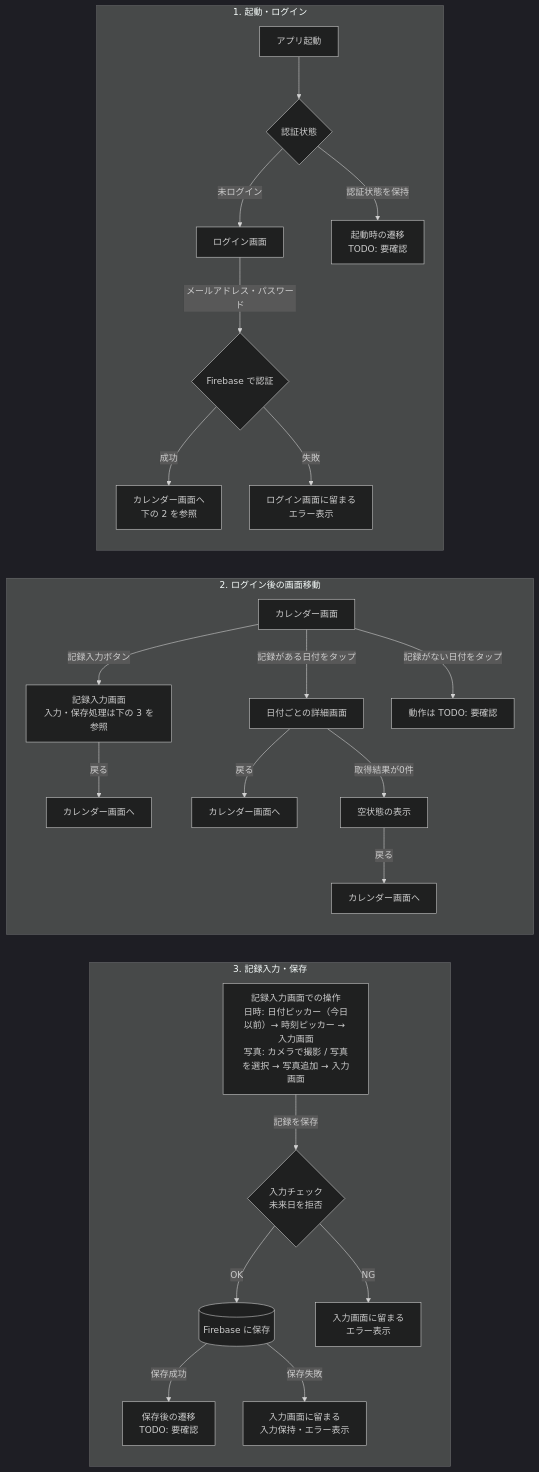
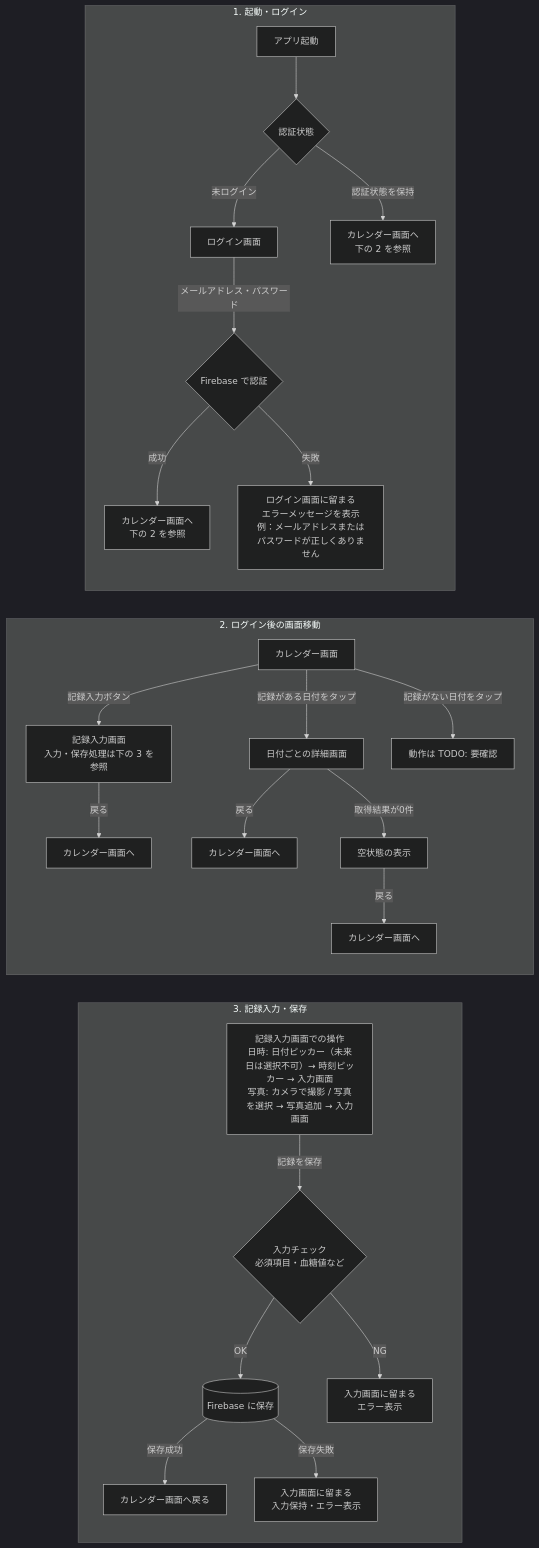
Before and after one commit to mokomokomoko847/health_care_app: the diagram in docs/skills/app-flow/SKILL.md, drawn with Mermaid (dark theme). The commit also changed 3 other files, not shown here.

Commit message:
docs: clarify authentication and record saving flow

````diff
--- a/docs/skills/app-flow/SKILL.md
+++ b/docs/skills/app-flow/SKILL.md
@@ -37,36 +37,36 @@
 ```mermaid
 flowchart TB
     subgraph AUTH["1. 起動・ログイン"]
         direction TB
         A["アプリ起動"] --> S{"認証状態"}
         S -->|未ログイン| L["ログイン画面"]
-        S -->|認証状態を保持| T["起動時の遷移<br/>TODO: 要確認"]
+        S -->|認証状態を保持| T["カレンダー画面へ<br/>下の 2 を参照"]
         L -->|メールアドレス・パスワード| LA{"Firebase で認証"}
         LA -->|成功| LC["カレンダー画面へ<br/>下の 2 を参照"]
-        LA -->|失敗| LE["ログイン画面に留まる<br/>エラー表示"]
+        LA -->|失敗| LE["ログイン画面に留まる<br/>エラーメッセージを表示<br/>例：メールアドレスまたは<br/>パスワードが正しくありません"]
     end
 
     subgraph NAV["2. ログイン後の画面移動"]
         direction TB
         E["カレンダー画面"] -->|記録入力ボタン| B["記録入力画面<br/>入力・保存処理は下の 3 を参照"]
         E -->|記録がある日付をタップ| F["日付ごとの詳細画面"]
         E -->|記録がない日付をタップ| N["動作は TODO: 要確認"]
         B -->|戻る| BC["カレンダー画面へ"]
         F -->|戻る| FC["カレンダー画面へ"]
         F -->|取得結果が0件| F1["空状態の表示"]
         F1 -->|戻る| F1C["カレンダー画面へ"]
     end
 
     subgraph ENTRY["3. 記録入力・保存"]
         direction TB
-        I["記録入力画面での操作<br/>日時: 日付ピッカー（今日以前）→ 時刻ピッカー → 入力画面<br/>写真: カメラで撮影 / 写真を選択 → 写真追加 → 入力画面"]
-        I -->|記録を保存| C{"入力チェック<br/>未来日を拒否"}
+        I["記録入力画面での操作<br/>日時: 日付ピッカー（未来日は選択不可）→ 時刻ピッカー → 入力画面<br/>写真: カメラで撮影 / 写真を選択 → 写真追加 → 入力画面"]
+        I -->|記録を保存| C{"入力チェック<br/>必須項目・血糖値など"}
         C -->|OK| D[("Firebase に保存")]
         C -->|NG| CE["入力画面に留まる<br/>エラー表示"]
-        D -->|保存成功| P["保存後の遷移<br/>TODO: 要確認"]
+        D -->|保存成功| P["カレンダー画面へ戻る"]
         D -->|保存失敗| DE["入力画面に留まる<br/>入力保持・エラー表示"]
     end
 
     AUTH ~~~ NAV
     NAV ~~~ ENTRY
 ```
````
